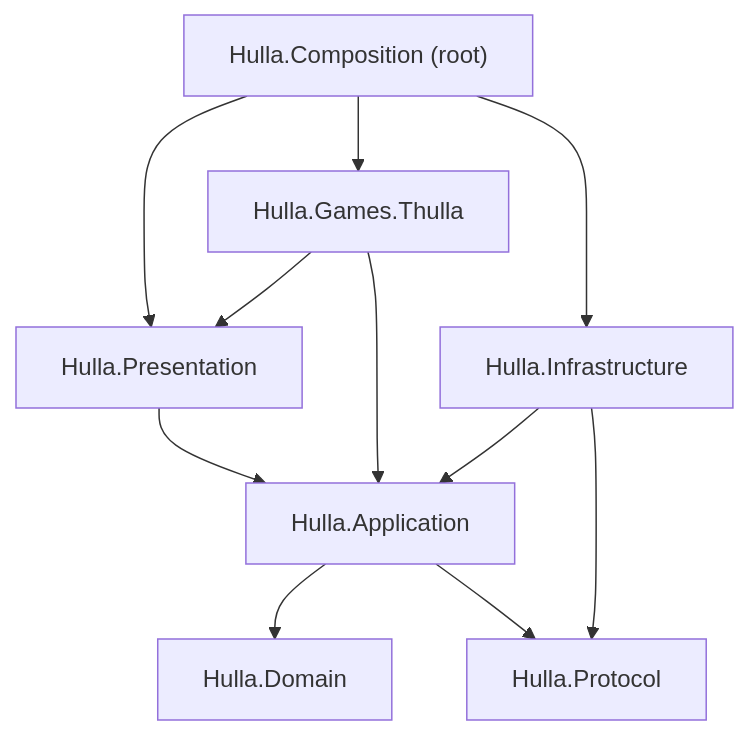
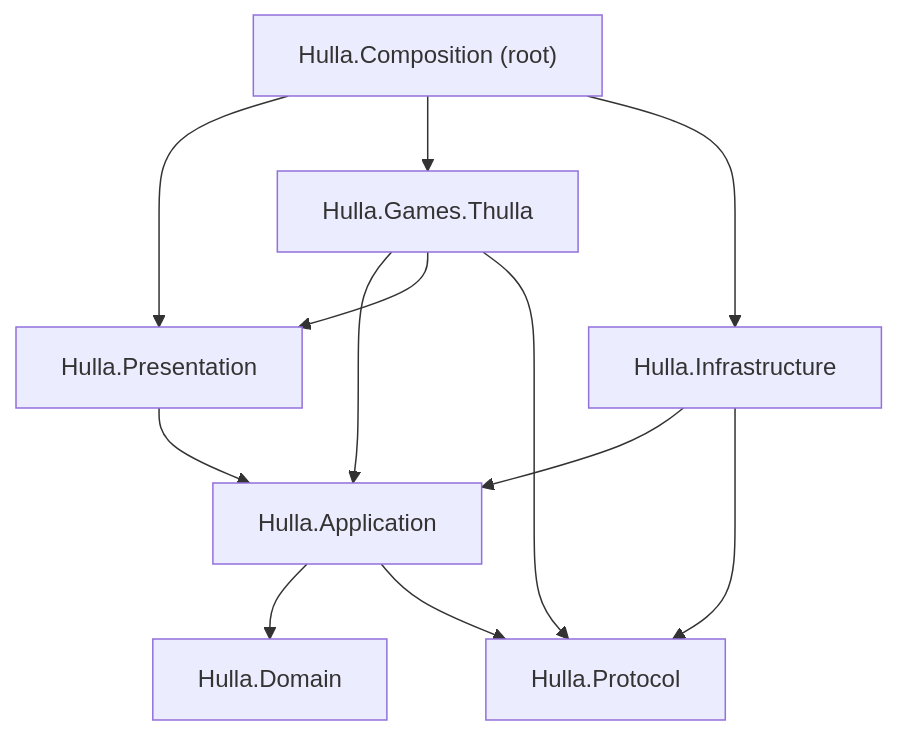
The seventh of 8 diagrams in docs/ARCHITECTURE.md (mkhizer77/hulla), drawn with Mermaid before and after one commit. The commit also changed other lines of this file and 16 other files, not shown here.

Commit message:
feat(unity): playable flow, table view polish and a play-mode round against Nakama

````diff
--- a/docs/ARCHITECTURE.md
+++ b/docs/ARCHITECTURE.md
@@ -406,20 +406,21 @@
 ```mermaid
 flowchart TB
     COMP["Hulla.Composition (root)"]
     PRES["Hulla.Presentation"]
     GAME["Hulla.Games.Thulla"]
     INFRA["Hulla.Infrastructure"]
     APP["Hulla.Application"]
     DOM["Hulla.Domain"]
     PROTO["Hulla.Protocol"]
     COMP --> PRES
     COMP --> GAME
     COMP --> INFRA
     PRES --> APP
     GAME --> APP
     GAME --> PRES
+    GAME --> PROTO
     INFRA --> APP
     APP --> DOM
     APP --> PROTO
     INFRA --> PROTO
 ```
````
